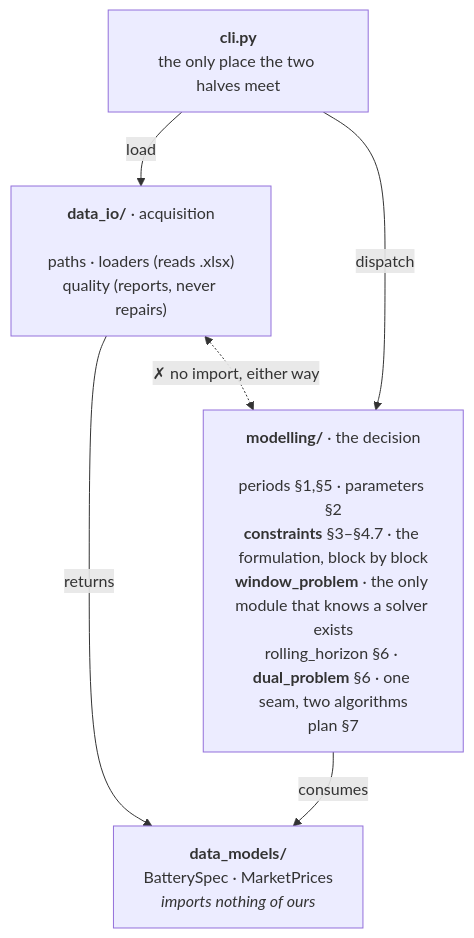
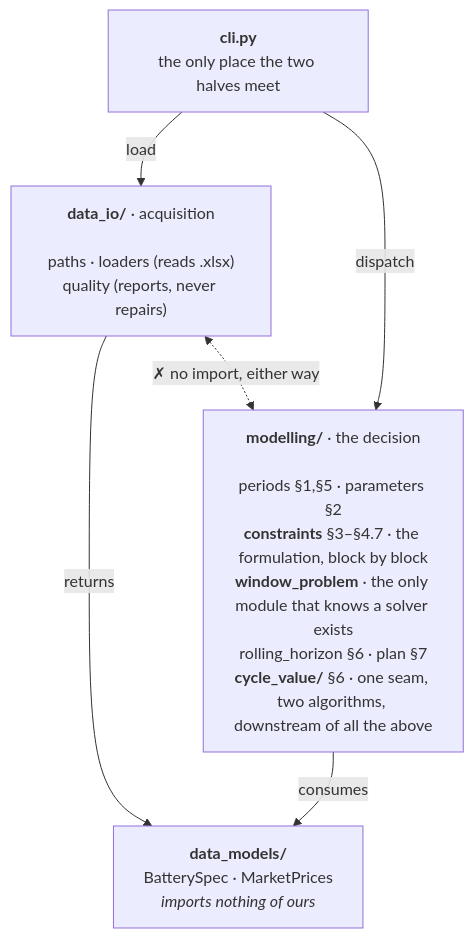
One commit to GuilhermePFM/BatteryCase changed the diagram in docs/architecture.md. Above: the diagram before and after it, drawn with Mermaid. The commit also changed other lines of this file and 19 other files, not shown here.

````diff
--- a/docs/architecture.md
+++ b/docs/architecture.md
@@ -31,13 +31,13 @@
 ```mermaid
 flowchart TD
     CLI["<b>cli.py</b><br/>the only place the two halves meet"]
     IO["<b>data_io/</b> · acquisition<br/><br/>paths · loaders (reads .xlsx)<br/>quality (reports, never repairs)"]
-    MOD["<b>modelling/</b> · the decision<br/><br/>periods §1,§5 · parameters §2<br/><b>constraints</b> §3–§4.7 · the formulation, block by block<br/><b>window_problem</b> · the only module that knows a solver exists<br/>rolling_horizon §6 · <b>dual_problem</b> §6 · one seam, two algorithms<br/>plan §7"]
+    MOD["<b>modelling/</b> · the decision<br/><br/>periods §1,§5 · parameters §2<br/><b>constraints</b> §3–§4.7 · the formulation, block by block<br/><b>window_problem</b> · the only module that knows a solver exists<br/>rolling_horizon §6 · plan §7<br/><b>cycle_value/</b> §6 · one seam, two algorithms, downstream of all the above"]
     DM["<b>data_models/</b><br/>BatterySpec · MarketPrices<br/><i>imports nothing of ours</i>"]
 
     CLI -- load --> IO
     CLI -- dispatch --> MOD
     IO -- returns --> DM
     MOD -- consumes --> DM
     IO <-. "✗ no import, either way" .-> MOD
 ```
````
